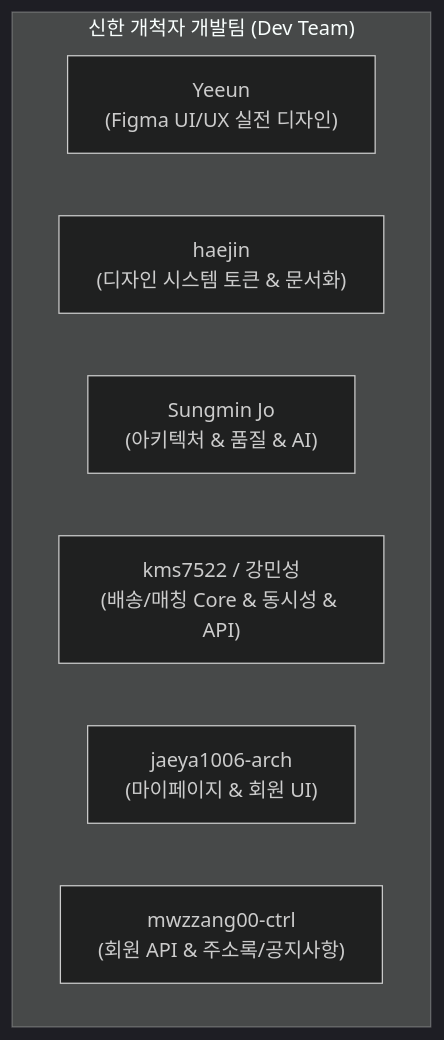
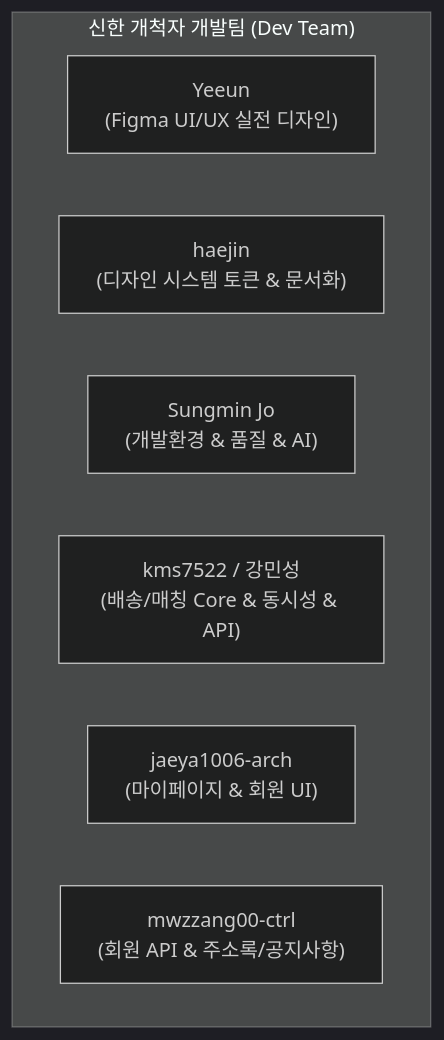
The first of 2 diagrams in docs/project-progress-report.md (ShinhanDSProject/shinhan-delivery), drawn with Mermaid (dark theme) before and after one commit. The commit also changed other lines of this file and 1 other file, not shown here.

````diff
--- a/docs/project-progress-report.md
+++ b/docs/project-progress-report.md
@@ -69,11 +77,11 @@
 ```mermaid
 graph TD
     subgraph "신한 개척자 개발팀 (Dev Team)"
         YE["Yeeun<br/>(Figma UI/UX 실전 디자인)"]
         HJ["haejin<br/>(디자인 시스템 토큰 & 문서화)"]
-        SJ["Sungmin Jo<br/>(아키텍처 & 품질 & AI)"]
+        SJ["Sungmin Jo<br/>(개발환경 & 품질 & AI)"]
         MS["kms7522 / 강민성<br/>(배송/매칭 Core & 동시성 & API)"]
         JY["jaeya1006-arch<br/>(마이페이지 & 회원 UI)"]
         MW["mwzzang00-ctrl<br/>(회원 API & 주소록/공지사항)"]
     end
 ```
````
